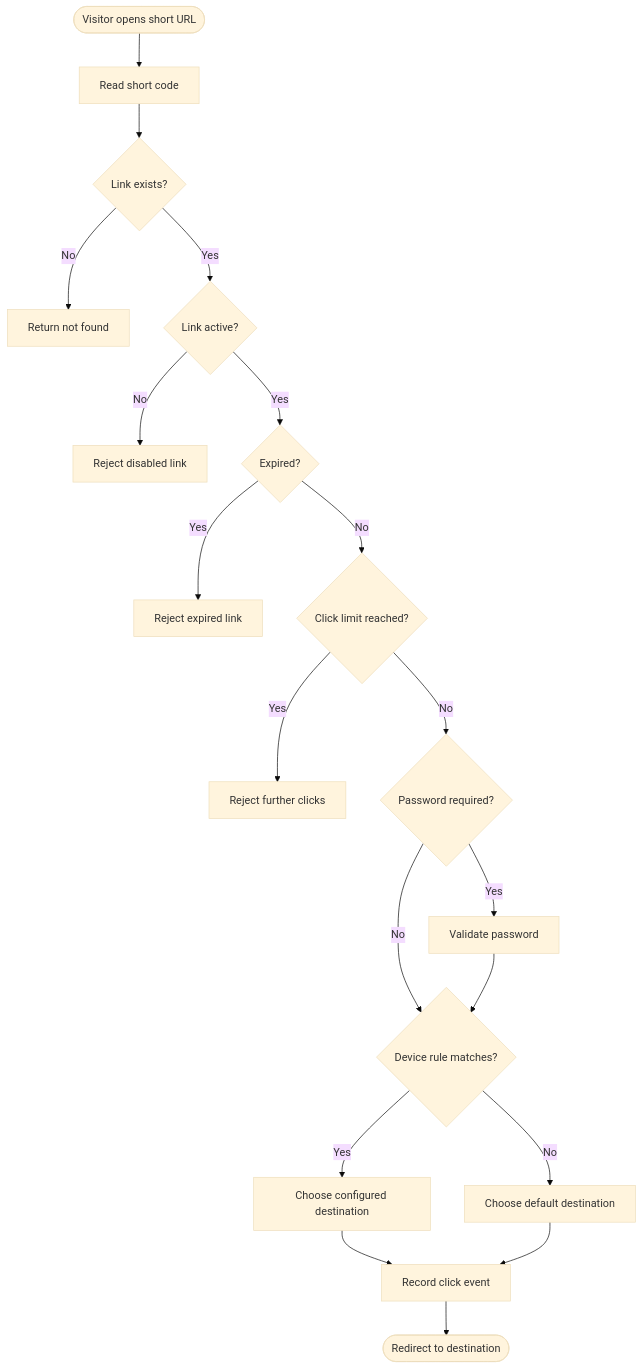
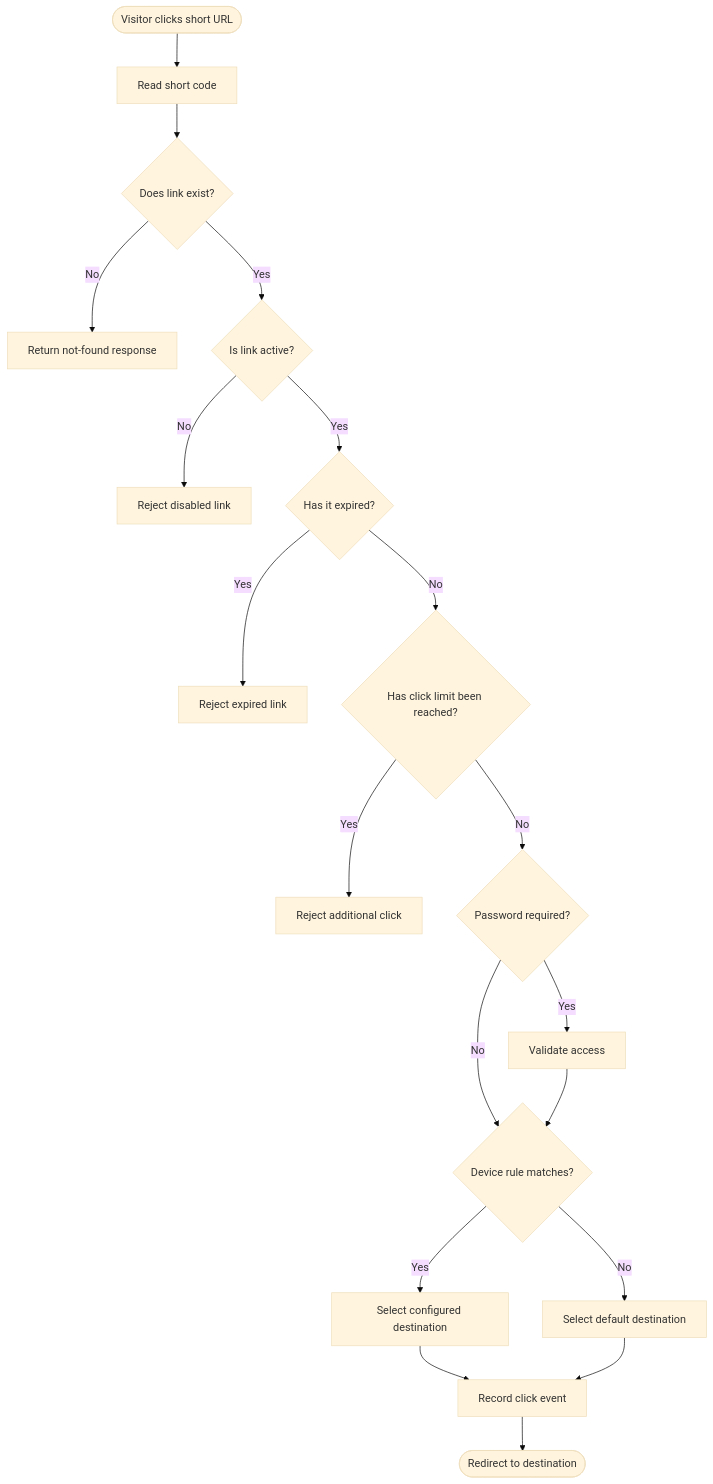
The second of 6 diagrams in README.md (SurajRawatr07/LinkPulse), drawn with Mermaid (base theme) before and after one commit. The commit also changed other lines of this file, not shown here.

````diff
--- a/README.md
+++ b/README.md
@@ -240,38 +329,38 @@
 ```mermaid
 flowchart TD
-    A(["Visitor opens short URL"])
+    A(["Visitor clicks short URL"])
     B["Read short code"]
-    C{"Link exists?"}
-    D["Return not found"]
-    E{"Link active?"}
+    C{"Does link exist?"}
+    D["Return not-found response"]
+    E{"Is link active?"}
     F["Reject disabled link"]
-    G{"Expired?"}
+    G{"Has it expired?"}
     H["Reject expired link"]
-    I{"Click limit reached?"}
-    J["Reject further clicks"]
+    I{"Has click limit been reached?"}
+    J["Reject additional click"]
     K{"Password required?"}
-    L["Validate password"]
+    L["Validate access"]
     M{"Device rule matches?"}
-    N["Choose configured destination"]
-    O["Choose default destination"]
+    N["Select configured destination"]
+    O["Select default destination"]
     P["Record click event"]
     Q(["Redirect to destination"])
 
     A --> B --> C
     C -- No --> D
     C -- Yes --> E
     E -- No --> F
     E -- Yes --> G
     G -- Yes --> H
     G -- No --> I
     I -- Yes --> J
     I -- No --> K
     K -- Yes --> L
     K -- No --> M
     L --> M
     M -- Yes --> N
     M -- No --> O
     N --> P
     O --> P
     P --> Q
 ```
````
